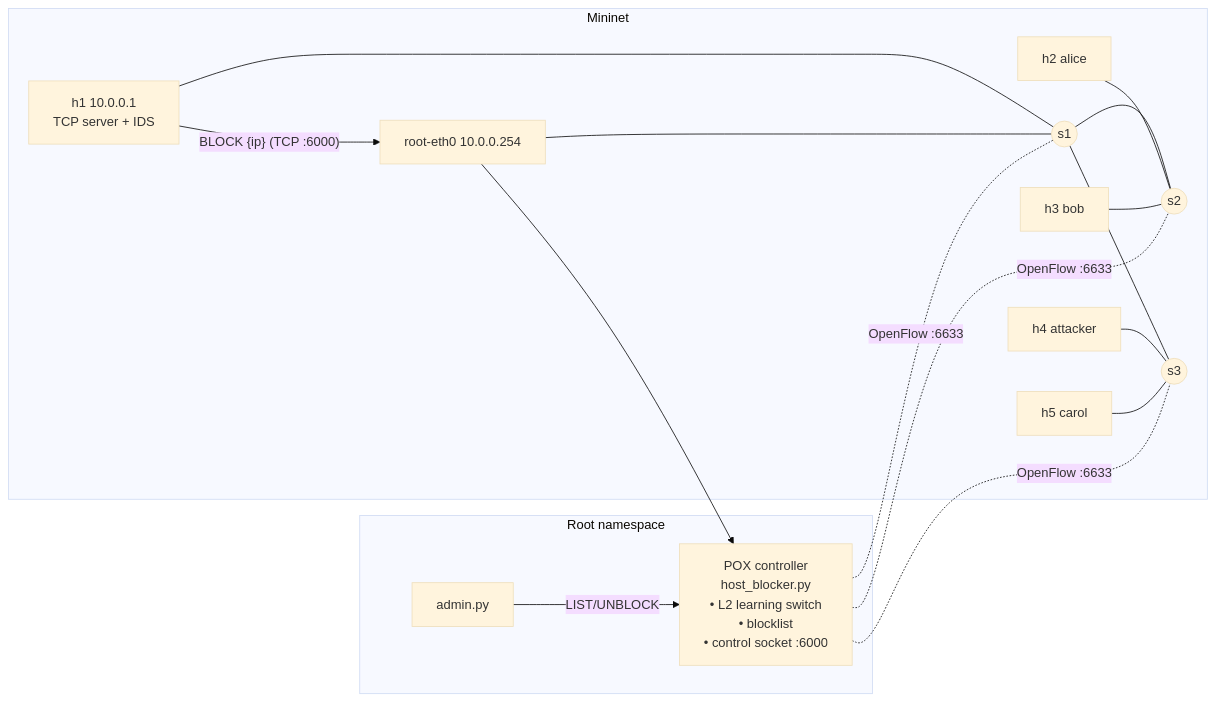
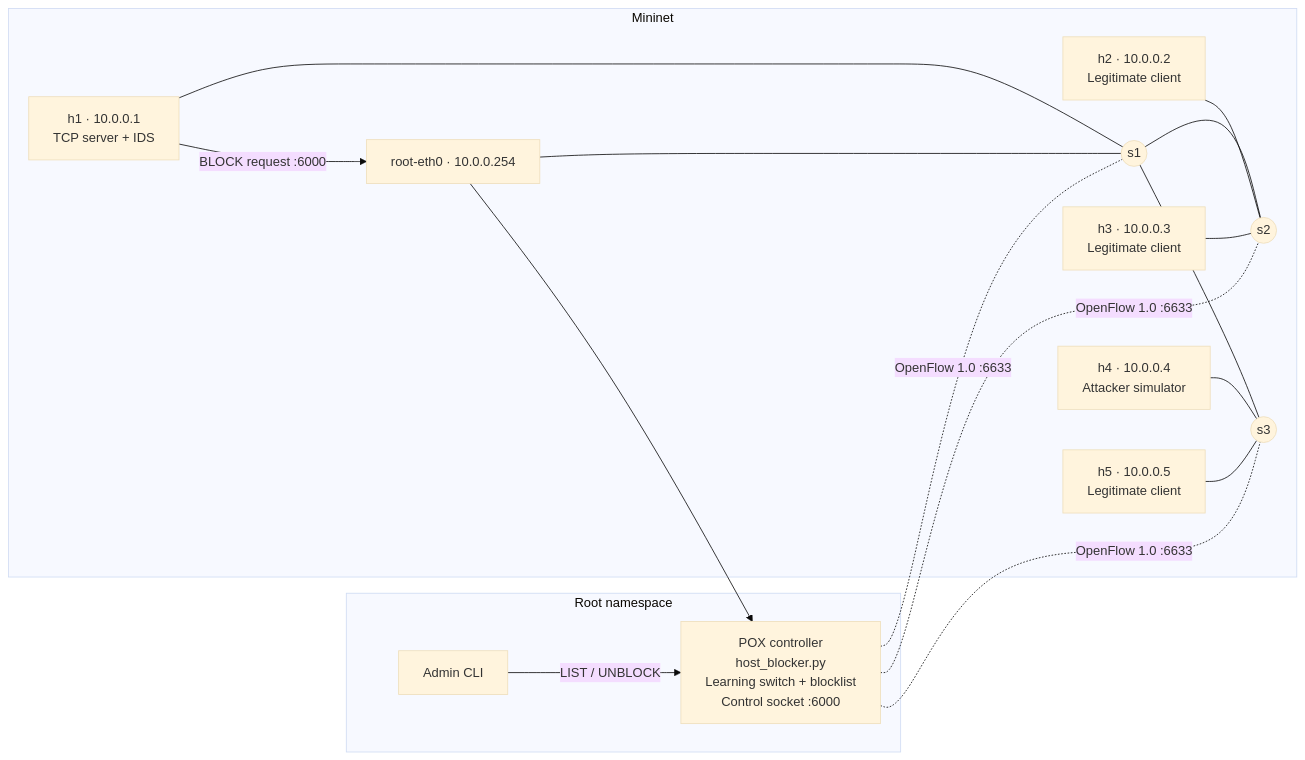
The diagram in README.md (solog041-lgtm/Dynamic-Host-Blocking-System), drawn with Mermaid (base theme) before and after one commit. The commit also changed other lines of this file and 14 other files, not shown here.

Commit message:
Add Demo 2 deliverable: persistent blocking, admin recovery, flow monitoring, and performance benchmarking

````diff
--- a/README.md
+++ b/README.md
@@ -31,20 +42,22 @@
 ```mermaid
 flowchart LR
     subgraph Root namespace
-      POX["POX controller<br/>host_blocker.py<br/>• L2 learning switch<br/>• blocklist<br/>• control socket :6000"]
-      ADM["admin.py"]
+      POX["POX controller<br/>host_blocker.py<br/>Learning switch + blocklist<br/>Control socket :6000"]
+      ADM["Admin CLI"]
     end
     subgraph Mininet
-      S1((s1)) --- S2((s2))
+      H1["h1 · 10.0.0.1<br/>TCP server + IDS"] --- S1((s1))
+      S1 --- S2((s2))
       S1 --- S3((s3))
-      H1["h1 10.0.0.1<br/>TCP server + IDS"] --- S1
-      H2["h2 alice"] --- S2
-      H3["h3 bob"] --- S2
-      H4["h4 attacker"] --- S3
-      H5["h5 carol"] --- S3
-      RT["root-eth0 10.0.0.254"] --- S1
+      H2["h2 · 10.0.0.2<br/>Legitimate client"] --- S2
+      H3["h3 · 10.0.0.3<br/>Legitimate client"] --- S2
+      H4["h4 · 10.0.0.4<br/>Attacker simulator"] --- S3
+      H5["h5 · 10.0.0.5<br/>Legitimate client"] --- S3
+      RT["root-eth0 · 10.0.0.254"] --- S1
     end
-    POX -. OpenFlow :6633 .- S1 & S2 & S3
-    H1 -- "BLOCK {ip} (TCP :6000)" --> RT --> POX
-    ADM -- LIST/UNBLOCK --> POX
+    POX -. "OpenFlow 1.0 :6633" .- S1
+    POX -. "OpenFlow 1.0 :6633" .- S2
+    POX -. "OpenFlow 1.0 :6633" .- S3
+    H1 -- "BLOCK request :6000" --> RT --> POX
+    ADM -- "LIST / UNBLOCK" --> POX
 ```
````
